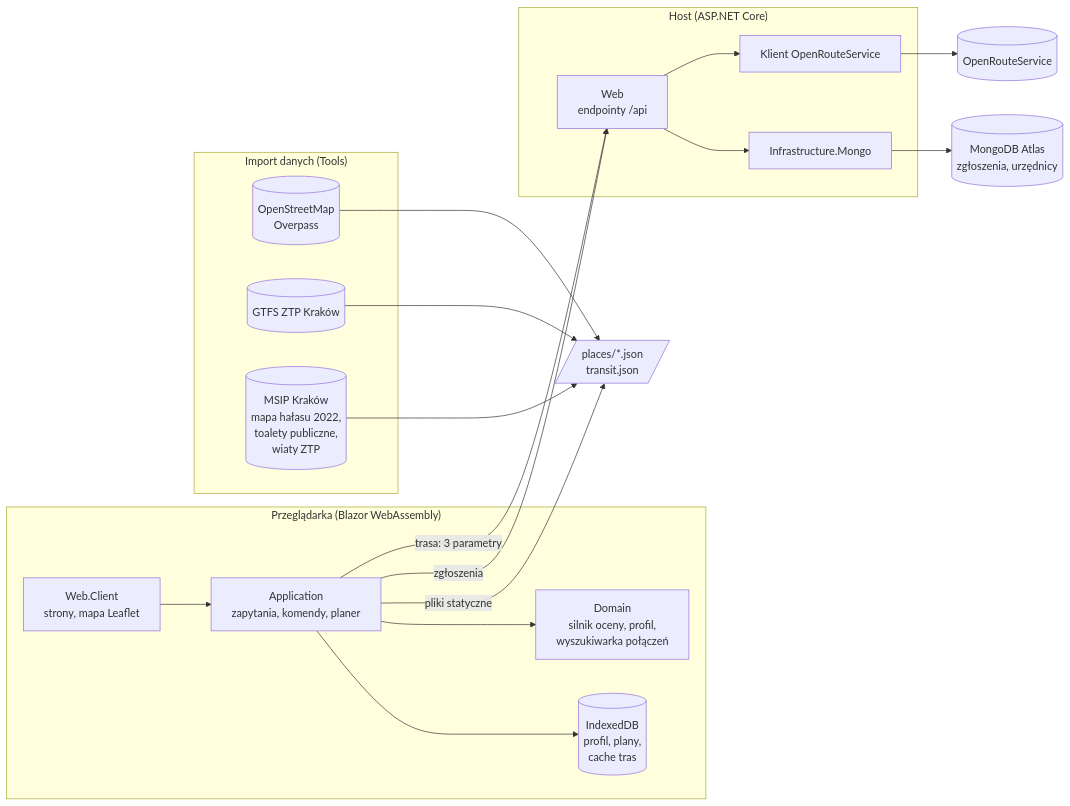
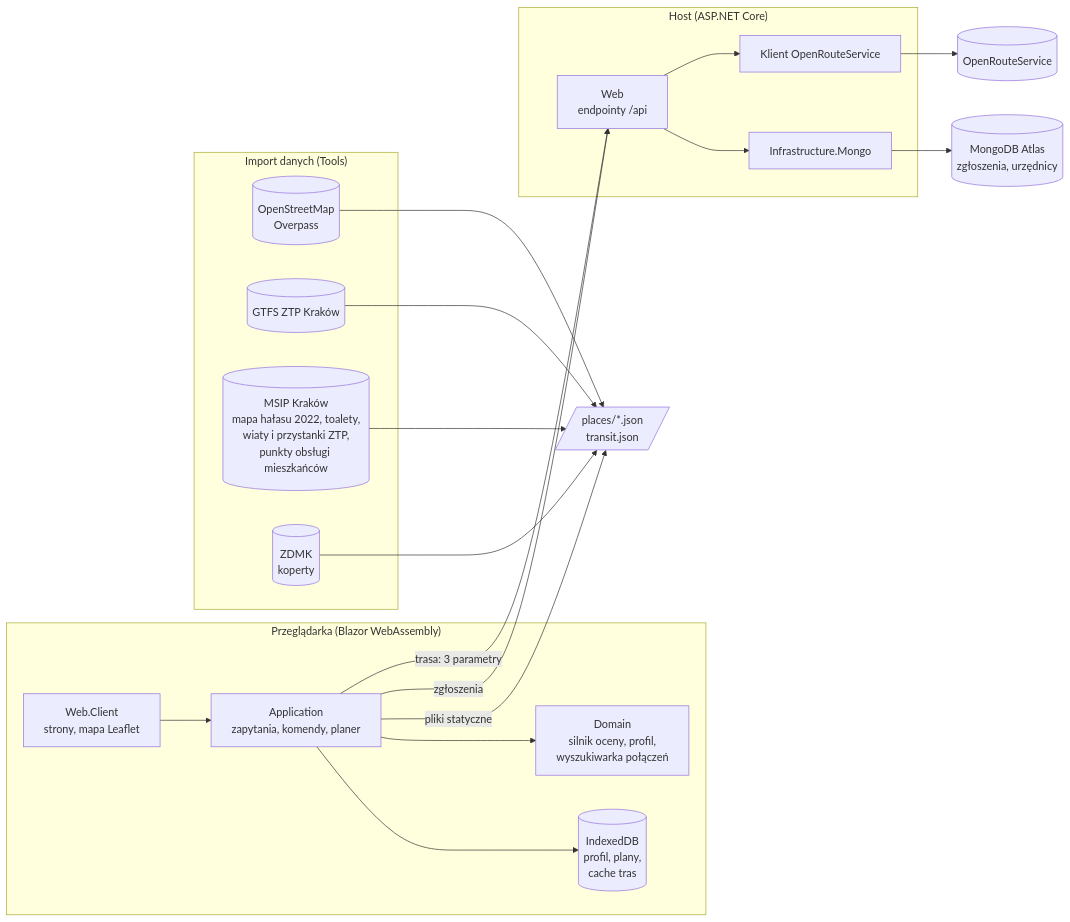
The diagram in README.md (Hackyeah2026/CRACOW_WITHOUT_BARRIERS), drawn with Mermaid before and after one commit. The commit also changed other lines of this file and 6 other files, not shown here.

````diff
--- a/README.md
+++ b/README.md
@@ -75,36 +75,38 @@
 ```mermaid
 flowchart LR
     subgraph Przeglądarka["Przeglądarka (Blazor WebAssembly)"]
         UI[Web.Client<br/>strony, mapa Leaflet]
         APP[Application<br/>zapytania, komendy, planer]
         DOM[Domain<br/>silnik oceny, profil,<br/>wyszukiwarka połączeń]
         IDB[(IndexedDB<br/>profil, plany,<br/>cache tras)]
         UI --> APP --> DOM
         APP --> IDB
     end
 
     subgraph Host["Host (ASP.NET Core)"]
         API[Web<br/>endpointy /api]
         MONGO[Infrastructure.Mongo]
         ORSC[Klient OpenRouteService]
     end
 
     STATIC[/places/*.json<br/>transit.json/]
     ORS[(OpenRouteService)]
     DB[(MongoDB Atlas<br/>zgłoszenia, urzędnicy)]
 
     APP -- pliki statyczne --> STATIC
     APP -- "trasa: 3 parametry" --> API
     APP -- zgłoszenia --> API
     API --> ORSC --> ORS
     API --> MONGO --> DB
 
     subgraph Offline["Import danych (Tools)"]
         OSM[(OpenStreetMap<br/>Overpass)]
         GTFS[(GTFS ZTP Kraków)]
-        MSIP[(MSIP Kraków<br/>mapa hałasu 2022,<br/>toalety publiczne,<br/>wiaty ZTP)]
+        MSIP[(MSIP Kraków<br/>mapa hałasu 2022, toalety,<br/>wiaty i przystanki ZTP,<br/>punkty obsługi mieszkańców)]
+        ZDMK[(ZDMK<br/>koperty)]
     end
     OSM --> STATIC
     GTFS --> STATIC
     MSIP --> STATIC
+    ZDMK --> STATIC
 ```
````
